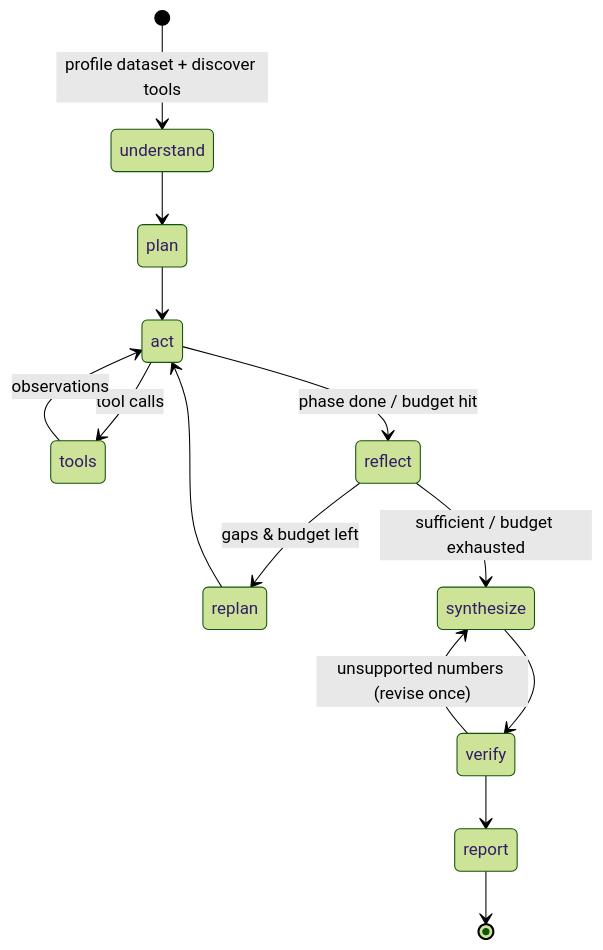
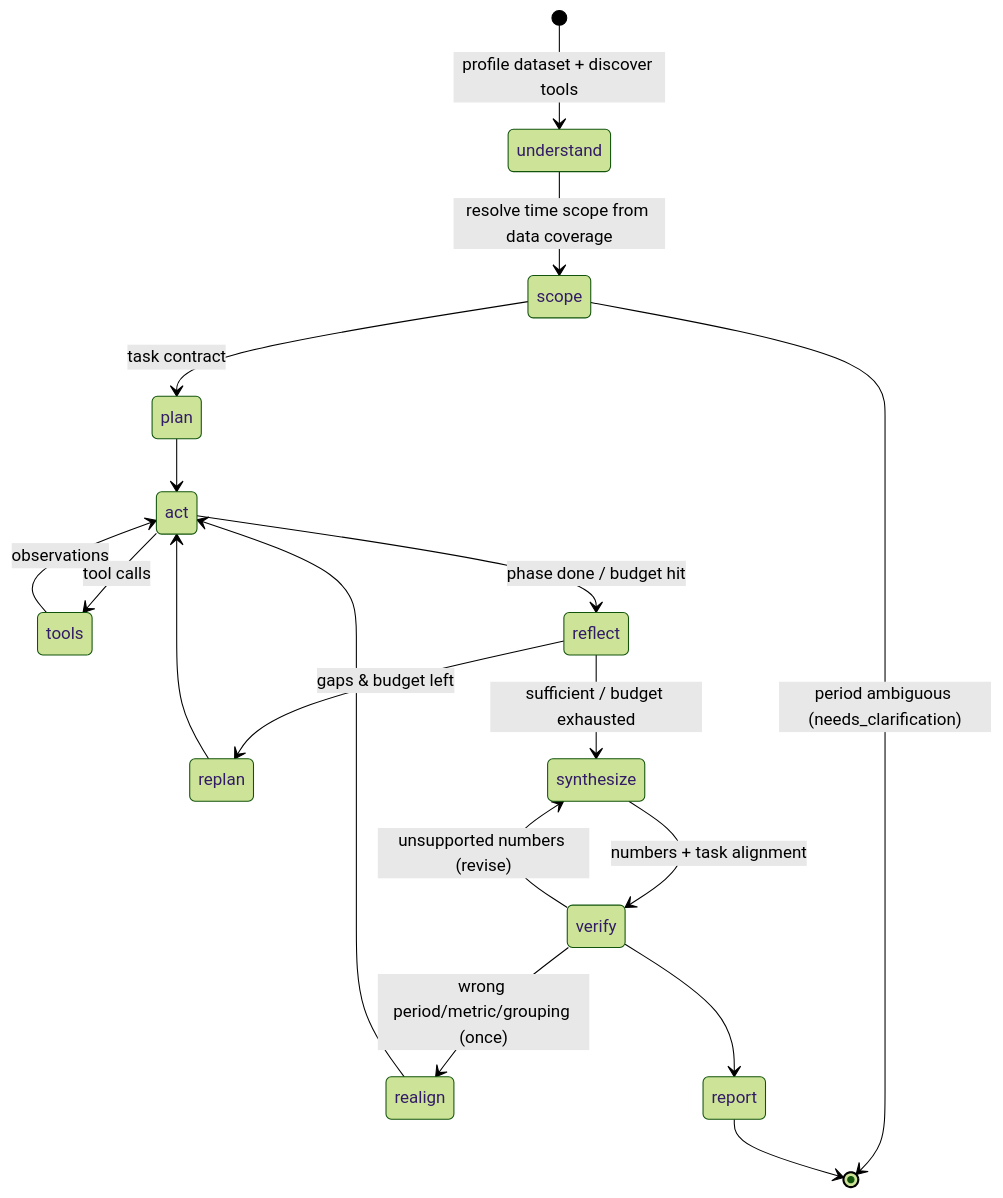
One commit to aekankpatel/databeacon changed the second of 2 diagrams in README.md. Above: the diagram before and after it, drawn with Mermaid (forest theme). The commit also changed other lines of this file and 1 other file, not shown here.

First line of the commit message:
Document task alignment, temporal scoping and token profile; make live CI eval manual

````diff
--- a/README.md
+++ b/README.md
@@ -72,16 +75,20 @@
 ```mermaid
 stateDiagram-v2
     [*] --> understand: profile dataset + discover tools
-    understand --> plan
+    understand --> scope: resolve time scope from data coverage
+    scope --> [*]: period ambiguous (needs_clarification)
+    scope --> plan: task contract
     plan --> act
     act --> tools: tool calls
     tools --> act: observations
     act --> reflect: phase done / budget hit
     reflect --> replan: gaps & budget left
     replan --> act
     reflect --> synthesize: sufficient / budget exhausted
-    synthesize --> verify
-    verify --> synthesize: unsupported numbers (revise once)
+    synthesize --> verify: numbers + task alignment
+    verify --> realign: wrong period/metric/grouping (once)
+    realign --> act
+    verify --> synthesize: unsupported numbers (revise)
     verify --> report
     report --> [*]
 ```
````
